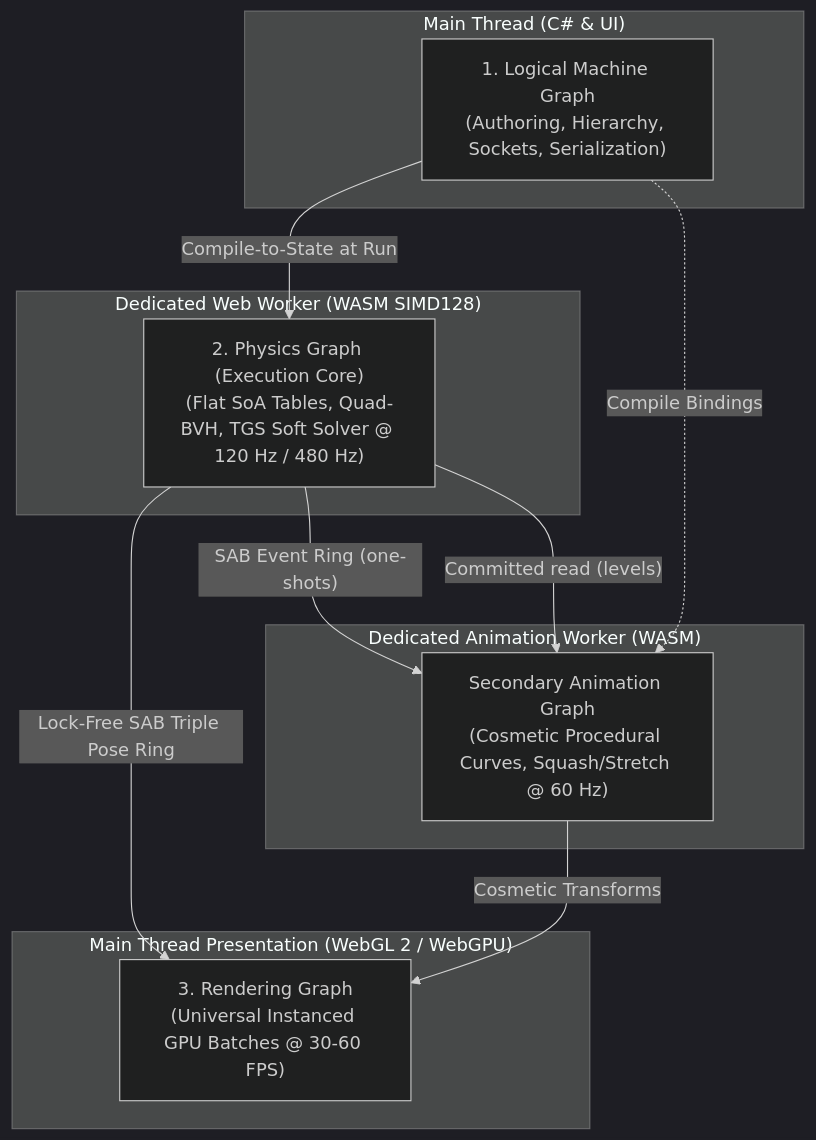
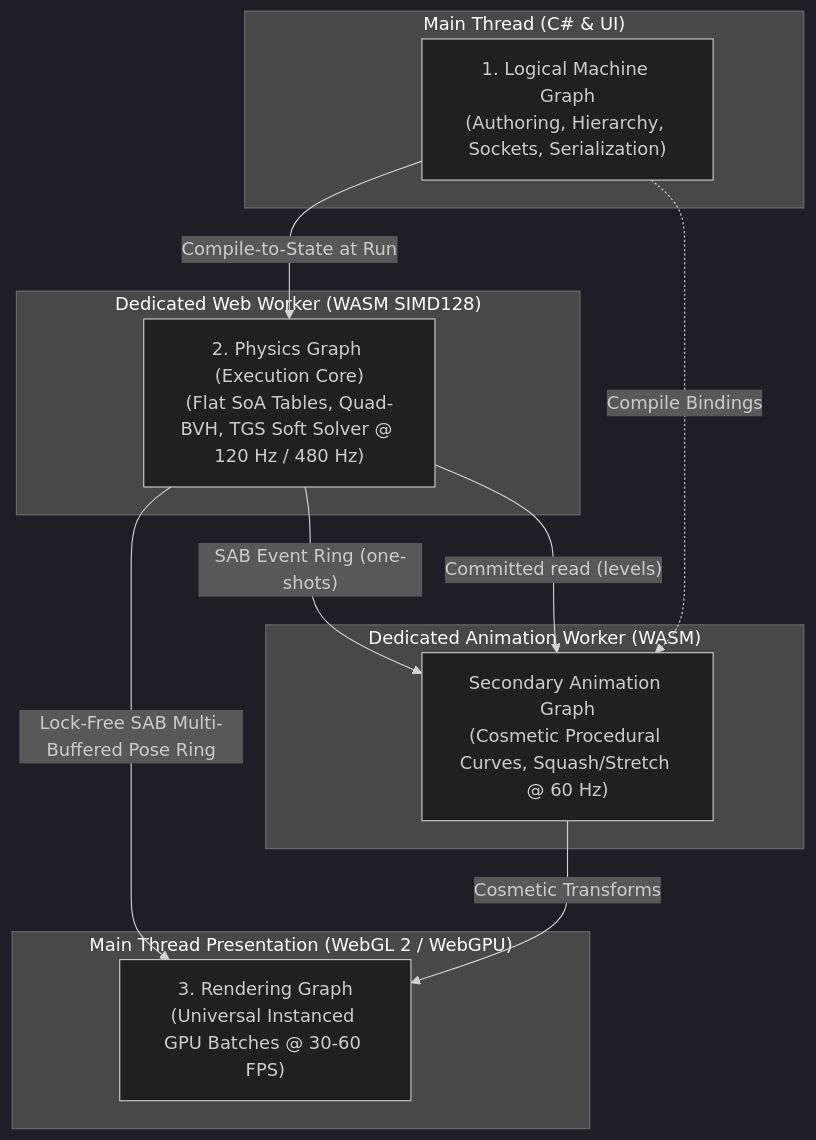
One commit to aidanmorgan/tim changed the diagram in _bmad-output/planning-artifacts/architecture.md. Above: the diagram before and after it, drawn with Mermaid (dark theme). The commit also changed other lines of this file and 29 other files, not shown here.

````diff
--- a/_bmad-output/planning-artifacts/architecture.md
+++ b/_bmad-output/planning-artifacts/architecture.md
@@ -36,25 +36,25 @@
 ```mermaid
 flowchart TD
     subgraph UI ["Main Thread (C# & UI)"]
         MG["1. Logical Machine Graph<br/>(Authoring, Hierarchy, Sockets, Serialization)"]
     end
 
     subgraph WORKER_SIM ["Dedicated Web Worker (WASM SIMD128)"]
         PG["2. Physics Graph (Execution Core)<br/>(Flat SoA Tables, Quad-BVH, TGS Soft Solver @ 120 Hz / 480 Hz)"]
     end
 
     subgraph WORKER_ANIM ["Dedicated Animation Worker (WASM)"]
         AG["Secondary Animation Graph<br/>(Cosmetic Procedural Curves, Squash/Stretch @ 60 Hz)"]
     end
 
     subgraph PRESENTATION ["Main Thread Presentation (WebGL 2 / WebGPU)"]
         RG["3. Rendering Graph<br/>(Universal Instanced GPU Batches @ 30-60 FPS)"]
     end
 
     MG -->|"Compile-to-State at Run"| PG
     MG -.->|"Compile Bindings"| AG
-    PG -->|"Lock-Free SAB Triple Pose Ring"| RG
+    PG -->|"Lock-Free SAB Multi-Buffered Pose Ring"| RG
     PG -->|"SAB Event Ring (one-shots)"| AG
     PG -->|"Committed read (levels)"| AG
     AG -->|"Cosmetic Transforms"| RG
 ```
````
